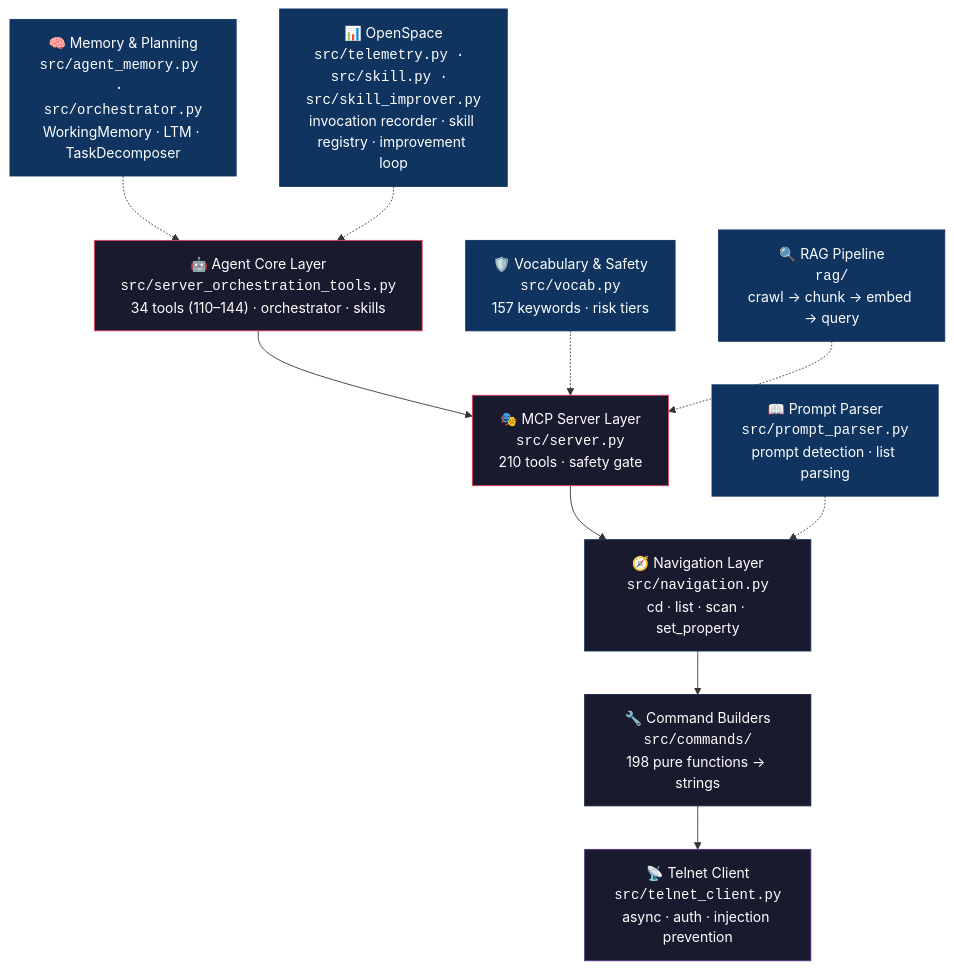
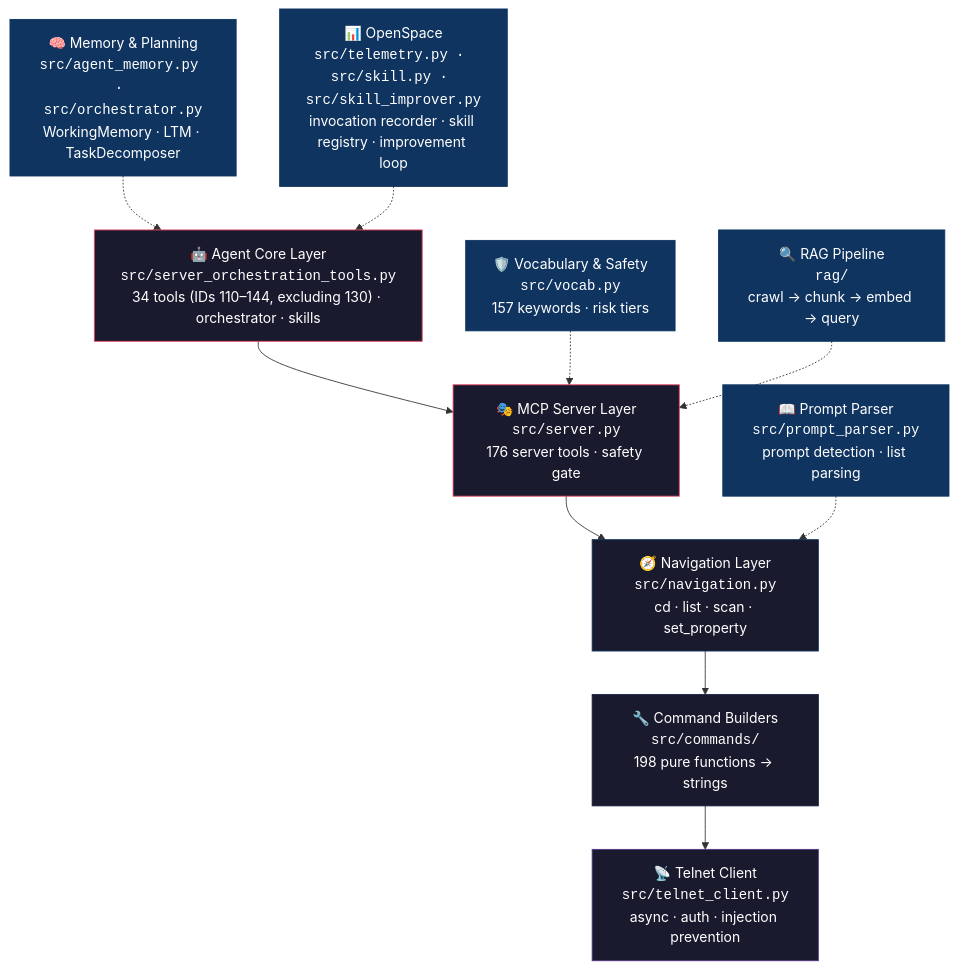
The first of 2 diagrams in README.md (drohi-r/grandma2-mcp), drawn with Mermaid before and after one commit. The commit also changed other lines of this file and 16 other files, not shown here.

````diff
--- a/README.md
+++ b/README.md
@@ -64,25 +64,25 @@
 ```mermaid
 graph TD
-    H["🤖 Agent Core Layer<br/><code>src/server_orchestration_tools.py</code><br/>34 tools (110–144) · orchestrator · skills"] --> A
-    A["🎭 MCP Server Layer<br/><code>src/server.py</code><br/>210 tools · safety gate"] --> B
+    H["🤖 Agent Core Layer<br/><code>src/server_orchestration_tools.py</code><br/>34 tools (IDs 110–144, excluding 130) · orchestrator · skills"] --> A
+    A["🎭 MCP Server Layer<br/><code>src/server.py</code><br/>176 server tools · safety gate"] --> B
     B["🧭 Navigation Layer<br/><code>src/navigation.py</code><br/>cd · list · scan · set_property"] --> C
     C["🔧 Command Builders<br/><code>src/commands/</code><br/>198 pure functions → strings"] --> D
     D["📡 Telnet Client<br/><code>src/telnet_client.py</code><br/>async · auth · injection prevention"]
 
     E["📖 Prompt Parser<br/><code>src/prompt_parser.py</code><br/>prompt detection · list parsing"] -.-> B
     F["🛡️ Vocabulary & Safety<br/><code>src/vocab.py</code><br/>157 keywords · risk tiers"] -.-> A
     G["🔍 RAG Pipeline<br/><code>rag/</code><br/>crawl → chunk → embed → query"] -.-> A
     I["🧠 Memory & Planning<br/><code>src/agent_memory.py · src/orchestrator.py</code><br/>WorkingMemory · LTM · TaskDecomposer"] -.-> H
     J["📊 OpenSpace<br/><code>src/telemetry.py · src/skill.py · src/skill_improver.py</code><br/>invocation recorder · skill registry · improvement loop"] -.-> H
 
     style H fill:#1a1a2e,stroke:#e94560,color:#fff
     style A fill:#1a1a2e,stroke:#e94560,color:#fff
     style B fill:#1a1a2e,stroke:#0f3460,color:#fff
     style C fill:#1a1a2e,stroke:#16213e,color:#fff
     style D fill:#1a1a2e,stroke:#533483,color:#fff
     style E fill:#0f3460,stroke:#0f3460,color:#fff
     style F fill:#0f3460,stroke:#0f3460,color:#fff
     style G fill:#0f3460,stroke:#0f3460,color:#fff
     style I fill:#0f3460,stroke:#0f3460,color:#fff
     style J fill:#0f3460,stroke:#0f3460,color:#fff
 ```
````
